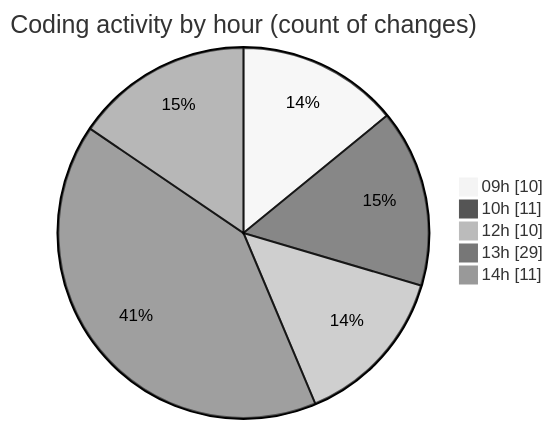
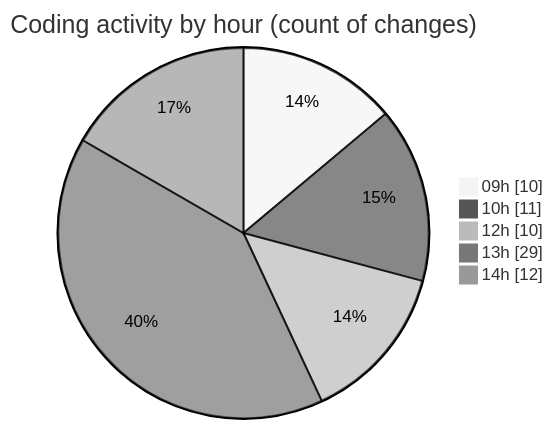
Before and after one commit to momahboobian/code-tracking: the second of 2 diagrams in 2025-09-12/cda/README.md, drawn with Mermaid (neutral theme). The commit also changed other lines of this file and 1 other file, not shown here.

````diff
--- a/2025-09-12/cda/README.md
+++ b/2025-09-12/cda/README.md
@@ -42,9 +44,9 @@
 ```mermaid
 pie showData
 title Coding activity by hour (count of changes)
 "09h" : 10
 "10h" : 11
 "12h" : 10
 "13h" : 29
-"14h" : 11
+"14h" : 12
 ```
````
